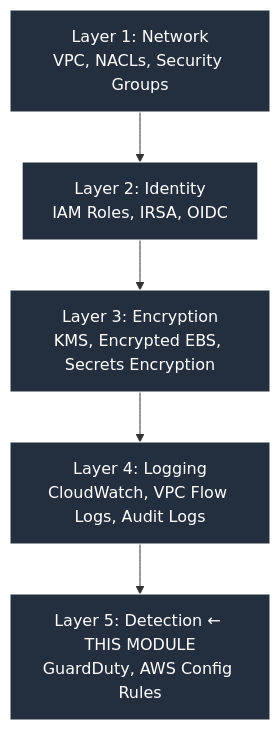
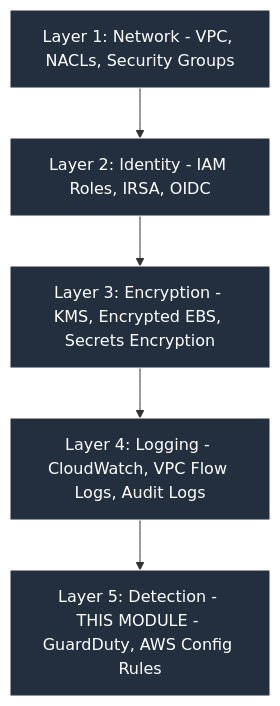
Before and after one commit to selvakumarperumal/EKS_k8s_custom_template_with_Terraform: the third of 3 diagrams in modules/security/README.md, drawn with Mermaid. The commit also changed other lines of this file and 5 other files, not shown here.

Commit message:
docs: rewrite all module READMEs with fixed Mermaid diagrams and Terraform code snippets

````diff
--- a/modules/security/README.md
+++ b/modules/security/README.md
@@ -120,12 +173,12 @@
 ```mermaid
 graph TB
-    classDef layer fill:#232F3E,stroke:#fff,stroke-width:1px,color:#fff
+    classDef layerStyle fill:#232F3E,stroke:#fff,stroke-width:1px,color:#fff
 
-    L1["Layer 1: Network<br/>VPC, NACLs, Security Groups"] --> L2
-    L2["Layer 2: Identity<br/>IAM Roles, IRSA, OIDC"] --> L3
-    L3["Layer 3: Encryption<br/>KMS, Encrypted EBS, Secrets Encryption"] --> L4
-    L4["Layer 4: Logging<br/>CloudWatch, VPC Flow Logs, Audit Logs"] --> L5
-    L5["Layer 5: Detection ← THIS MODULE<br/>GuardDuty, AWS Config Rules"]
+    L1["Layer 1: Network - VPC, NACLs, Security Groups"] --> L2
+    L2["Layer 2: Identity - IAM Roles, IRSA, OIDC"] --> L3
+    L3["Layer 3: Encryption - KMS, Encrypted EBS, Secrets Encryption"] --> L4
+    L4["Layer 4: Logging - CloudWatch, VPC Flow Logs, Audit Logs"] --> L5
+    L5["Layer 5: Detection - THIS MODULE - GuardDuty, AWS Config Rules"]
 
-    class L1,L2,L3,L4,L5 layer
+    class L1,L2,L3,L4,L5 layerStyle
 ```
````
